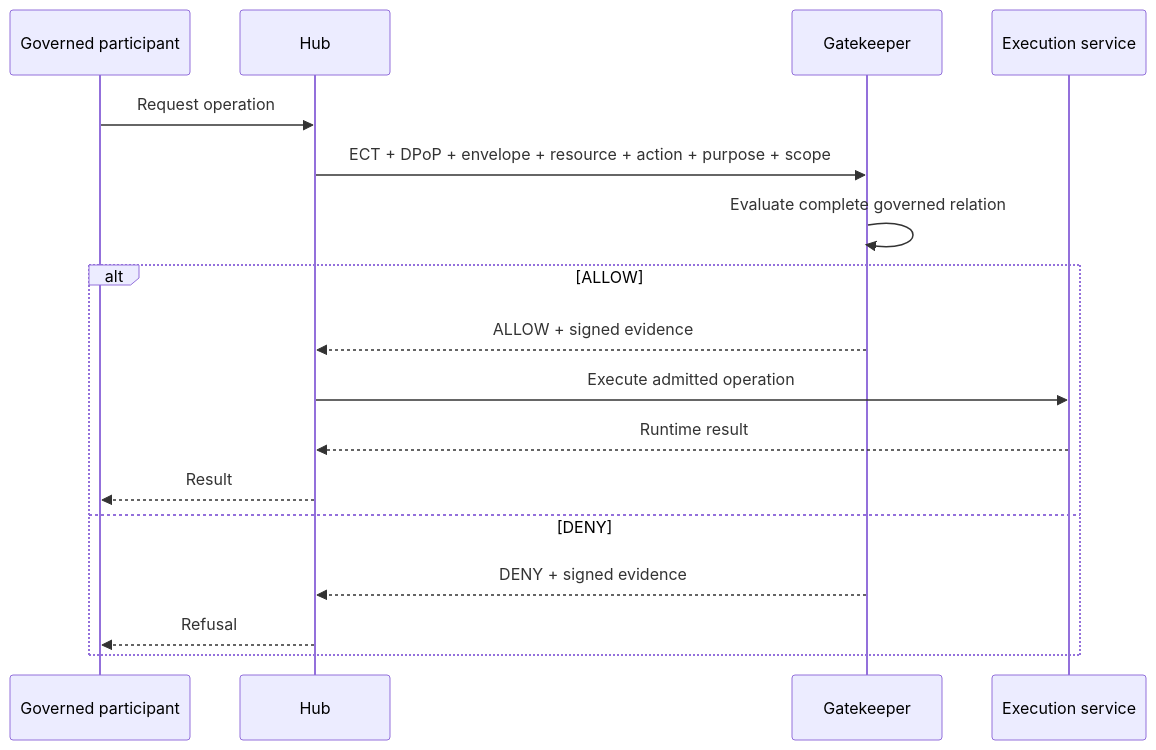
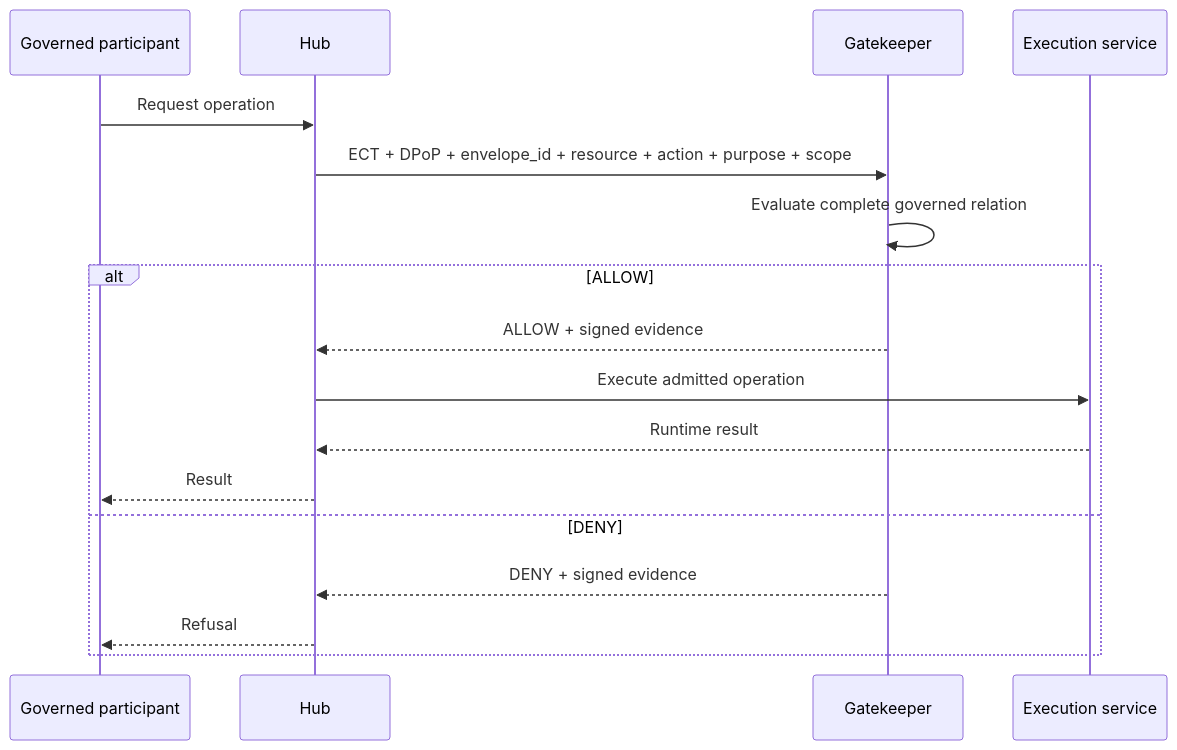
One commit to onzelf/openhealth-cdi changed the eighth of 16 diagrams in doc/ARCHITECTURE.md. Above: the diagram before and after it, drawn with Mermaid. The commit also changed other lines of this file, not shown here.

````diff
--- a/doc/ARCHITECTURE.md
+++ b/doc/ARCHITECTURE.md
@@ -252,21 +252,21 @@
 ```mermaid
 sequenceDiagram
     participant P as Governed participant
     participant H as Hub
     participant G as Gatekeeper
     participant X as Execution service
 
     P->>H: Request operation
-    H->>G: ECT + DPoP + envelope + resource + action + purpose + scope
+    H->>G: ECT + DPoP + envelope_id + resource + action + purpose + scope
     G->>G: Evaluate complete governed relation
 
     alt ALLOW
         G-->>H: ALLOW + signed evidence
         H->>X: Execute admitted operation
         X-->>H: Runtime result
         H-->>P: Result
     else DENY
         G-->>H: DENY + signed evidence
         H-->>P: Refusal
     end
 ```
````
